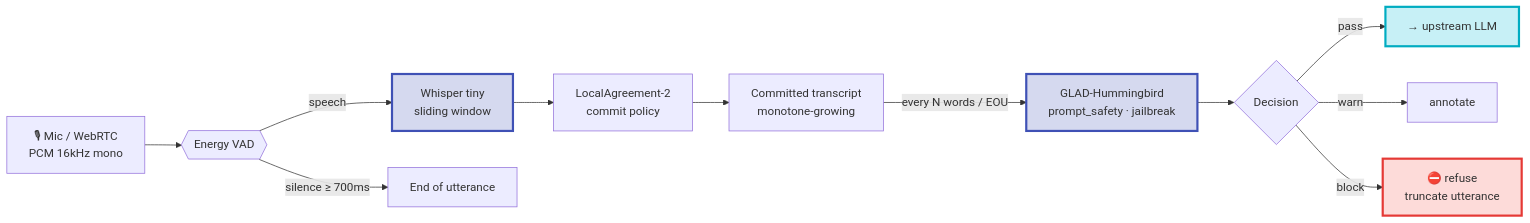
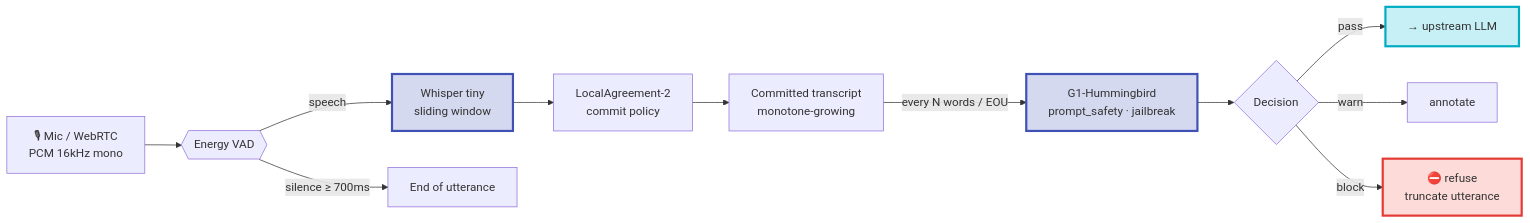
The diagram in docs/g1-proxy/audio-input.md (geodesia-ai/geodesia-docs), drawn with Mermaid before and after one commit. The commit also changed other lines of this file and 45 other files, not shown here.

````diff
--- a/docs/g1-proxy/audio-input.md
+++ b/docs/g1-proxy/audio-input.md
@@ -15,22 +15,22 @@
 ```mermaid
 flowchart LR
     M[🎙 Mic / WebRTC<br/>PCM 16kHz mono] --> V{{Energy VAD}}
     V -->|speech| W[Whisper tiny<br/>sliding window]
     V -->|silence ≥ 700ms| EOU[End of utterance]
     W --> LA[LocalAgreement-2<br/>commit policy]
     LA --> T[Committed transcript<br/>monotone-growing]
-    T -->|every N words / EOU| G[GLAD-Hummingbird<br/>prompt_safety · jailbreak]
+    T -->|every N words / EOU| G[G1-Hummingbird<br/>prompt_safety · jailbreak]
     G --> D{Decision}
     D -->|pass| U[→ upstream LLM]
     D -->|warn| A[annotate]
     D -->|block| X[⛔ refuse<br/>truncate utterance]
     %% Tinte chiare, mai fondi pieni: il colore del testo non e' nostro da
     %% scegliere (vedi la nota in stylesheets/extra.css), quindi il fondo deve
     %% restare vicino a quello della pagina in entrambi i temi.
     classDef gdCore  fill:#3f51b538,stroke:#3f51b5,stroke-width:3px
     classDef gdOut   fill:#00bcd438,stroke:#00acc1,stroke-width:3px
     classDef gdBlock fill:#f4433630,stroke:#e53935,stroke-width:3px
     class W,G gdCore
     class U gdOut
     class X gdBlock
 ```
````
